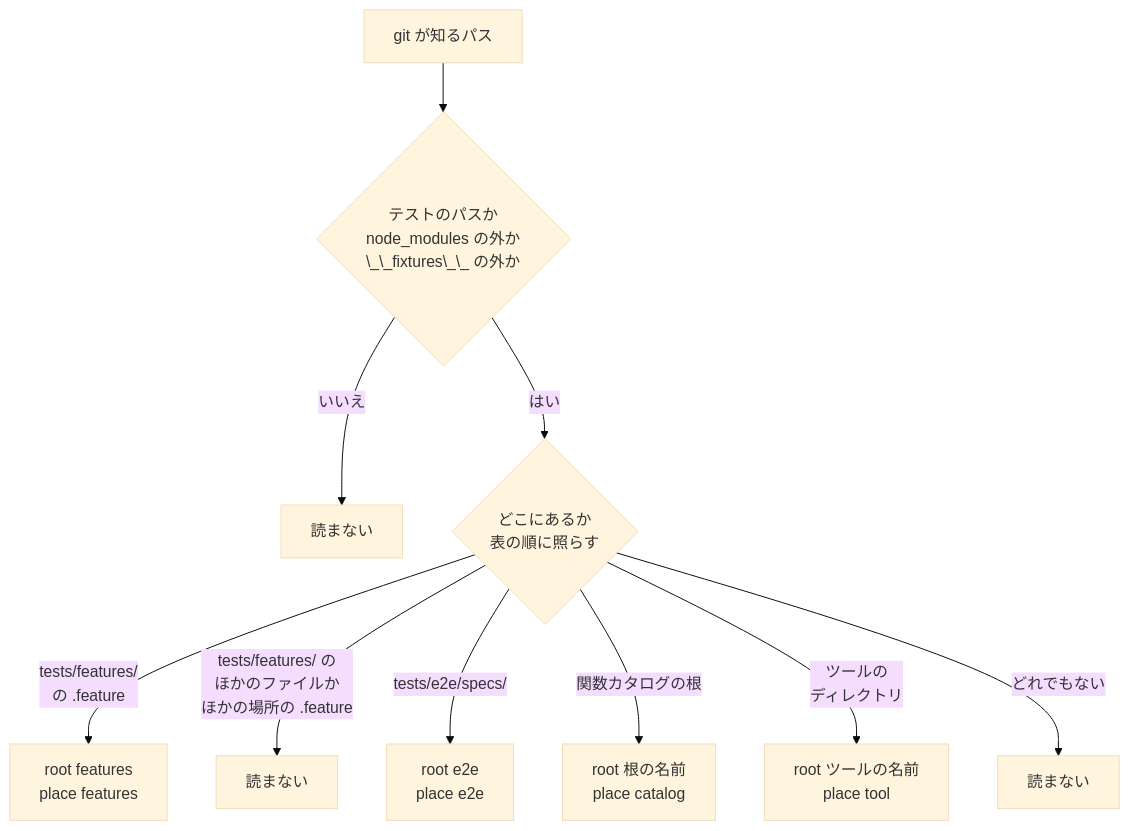
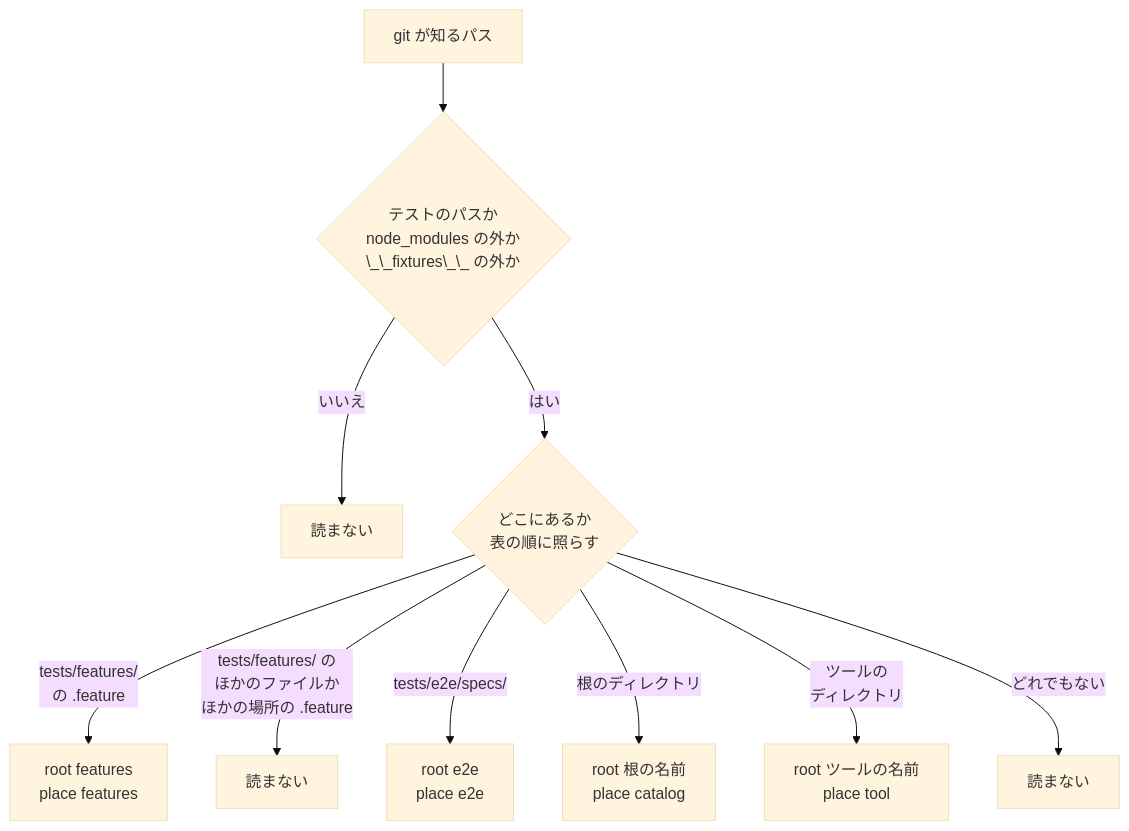
Before and after one commit to maronnjapan/maronn-openid-connect: the fourth of 29 diagrams in apps/tests/docs/01-read.md, drawn with Mermaid (base theme). The commit also changed other lines of this file and 11 other files, not shown here.

````diff
--- a/apps/tests/docs/01-read.md
+++ b/apps/tests/docs/01-read.md
@@ -101,12 +127,12 @@
 ```mermaid
 flowchart TB
   P["git が知るパス"] --> B{"テストのパスか<br/>node_modules の外か<br/>\_\_fixtures\_\_ の外か"}
   B -->|"いいえ"| X1["読まない"]
   B -->|"はい"| C{"どこにあるか<br/>表の順に照らす"}
   C -->|"tests/features/<br/>の .feature"| F["root features<br/>place features"]
   C -->|"tests/features/ の<br/>ほかのファイルか<br/>ほかの場所の .feature"| X2["読まない"]
   C -->|"tests/e2e/specs/"| E["root e2e<br/>place e2e"]
-  C -->|"関数カタログの根"| H["root 根の名前<br/>place catalog"]
+  C -->|"根のディレクトリ"| H["root 根の名前<br/>place catalog"]
   C -->|"ツールの<br/>ディレクトリ"| J["root ツールの名前<br/>place tool"]
   C -->|"どれでもない"| X3["読まない"]
 ```
````
